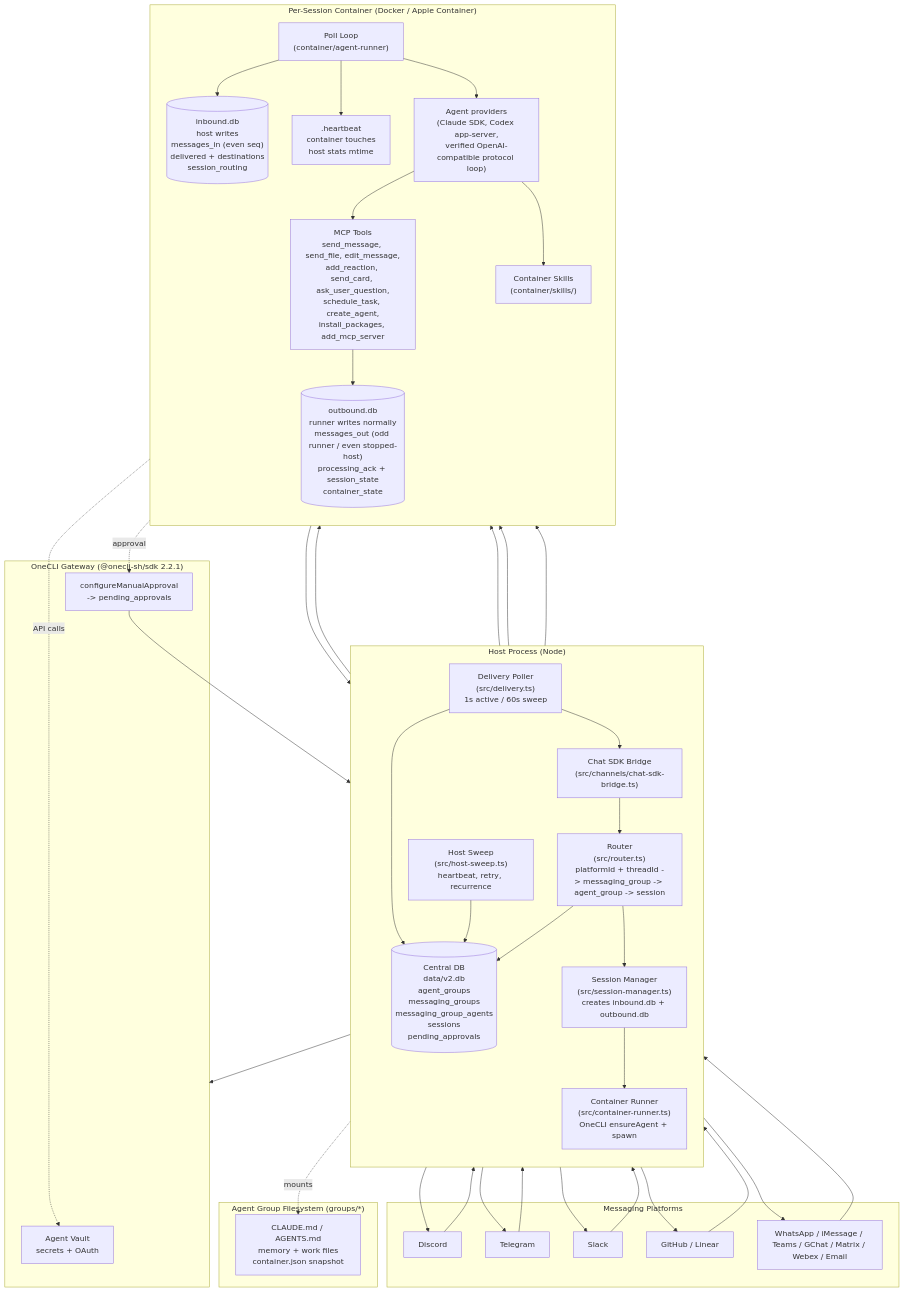
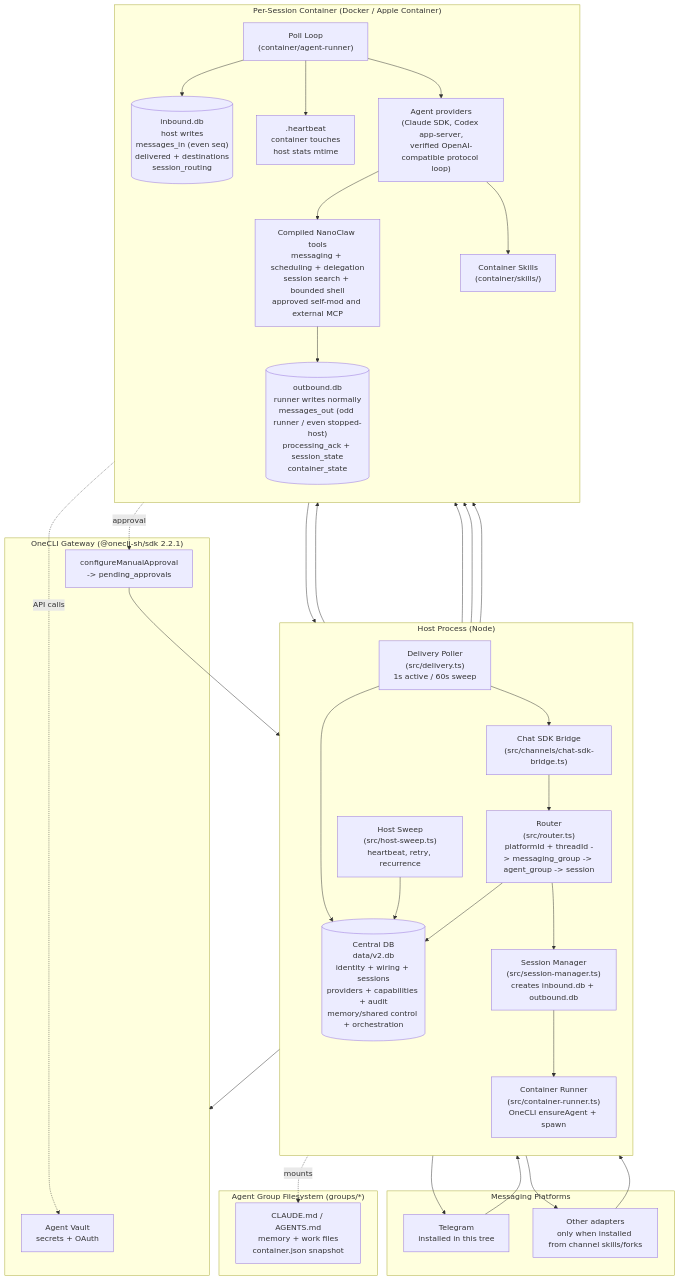
The first of 5 diagrams in docs/architecture-diagram.md (albanleandri/nanoclaw), drawn with Mermaid before and after one commit. The commit also changed other lines of this file and 15 other files, not shown here.

````diff
--- a/docs/architecture-diagram.md
+++ b/docs/architecture-diagram.md
@@ -5,67 +5,64 @@
 ```mermaid
 flowchart TB
   subgraph Platforms["Messaging Platforms"]
-    P1[Discord]
-    P2[Telegram]
-    P3[Slack]
-    P4[GitHub / Linear]
-    P5[WhatsApp / iMessage / Teams / GChat / Matrix / Webex / Email]
+    P1[Telegram<br/>installed in this tree]
+    P2[Other adapters<br/>only when installed from channel skills/forks]
   end
 
   subgraph Host["Host Process (Node)"]
     direction TB
     Bridge["Chat SDK Bridge<br/>(src/channels/chat-sdk-bridge.ts)"]
     Router["Router<br/>(src/router.ts)<br/>platformId + threadId -> messaging_group -> agent_group -> session"]
     SessMgr["Session Manager<br/>(src/session-manager.ts)<br/>creates inbound.db + outbound.db"]
     Runner["Container Runner<br/>(src/container-runner.ts)<br/>OneCLI ensureAgent + spawn"]
     Delivery["Delivery Poller<br/>(src/delivery.ts)<br/>1s active / 60s sweep"]
     Sweep["Host Sweep<br/>(src/host-sweep.ts)<br/>heartbeat, retry, recurrence"]
-    Central[("Central DB<br/>data/v2.db<br/>agent_groups<br/>messaging_groups<br/>messaging_group_agents<br/>sessions<br/>pending_approvals")]
+    Central[("Central DB<br/>data/v2.db<br/>identity + wiring + sessions<br/>providers + capabilities + audit<br/>memory/shared control + orchestration")]
   end
 
   subgraph OneCLI["OneCLI Gateway (@onecli-sh/sdk 2.2.1)"]
     Vault["Agent Vault<br/>secrets + OAuth"]
     Approvals["configureManualApproval<br/>-> pending_approvals"]
   end
 
   subgraph Session["Per-Session Container (Docker / Apple Container)"]
     direction TB
     PollLoop["Poll Loop<br/>(container/agent-runner)"]
     Provider["Agent providers<br/>(Claude SDK, Codex app-server,<br/>verified OpenAI-compatible protocol loop)"]
-    MCP["MCP Tools<br/>send_message, send_file, edit_message,<br/>add_reaction, send_card, ask_user_question,<br/>schedule_task, create_agent,<br/>install_packages, add_mcp_server"]
+    MCP["Compiled NanoClaw tools<br/>messaging + scheduling + delegation<br/>session search + bounded shell<br/>approved self-mod and external MCP"]
     Skills["Container Skills<br/>(container/skills/)"]
     InDB[("inbound.db<br/>host writes<br/>messages_in (even seq)<br/>delivered + destinations<br/>session_routing")]
     OutDB[("outbound.db<br/>runner writes normally<br/>messages_out (odd runner / even stopped-host)<br/>processing_ack + session_state<br/>container_state")]
     Heartbeat[".heartbeat<br/>container touches<br/>host stats mtime"]
   end
 
   subgraph Groups["Agent Group Filesystem (groups/*)"]
     Folder["CLAUDE.md / AGENTS.md<br/>memory + work files<br/>container.json snapshot"]
   end
 
-  P1 & P2 & P3 & P4 & P5 --> Bridge
+  P1 & P2 --> Bridge
   Bridge --> Router
   Router --> Central
   Router --> SessMgr
   SessMgr --> InDB
   SessMgr --> Runner
   Runner --> OneCLI
   Runner --> PollLoop
   PollLoop --> InDB
   PollLoop --> Heartbeat
   PollLoop --> Provider
   Provider --> MCP
   Provider --> Skills
   MCP --> OutDB
   OutDB --> Delivery
   Delivery --> Central
   Delivery --> Bridge
-  Bridge --> P1 & P2 & P3 & P4 & P5
+  Bridge --> P1 & P2
   Sweep --> InDB
   Sweep --> OutDB
   Sweep --> Central
   Runner -.mounts.-> Folder
   MCP -.approval.-> Approvals
   Approvals --> Central
   Provider -.API calls.-> Vault
 ```
````
